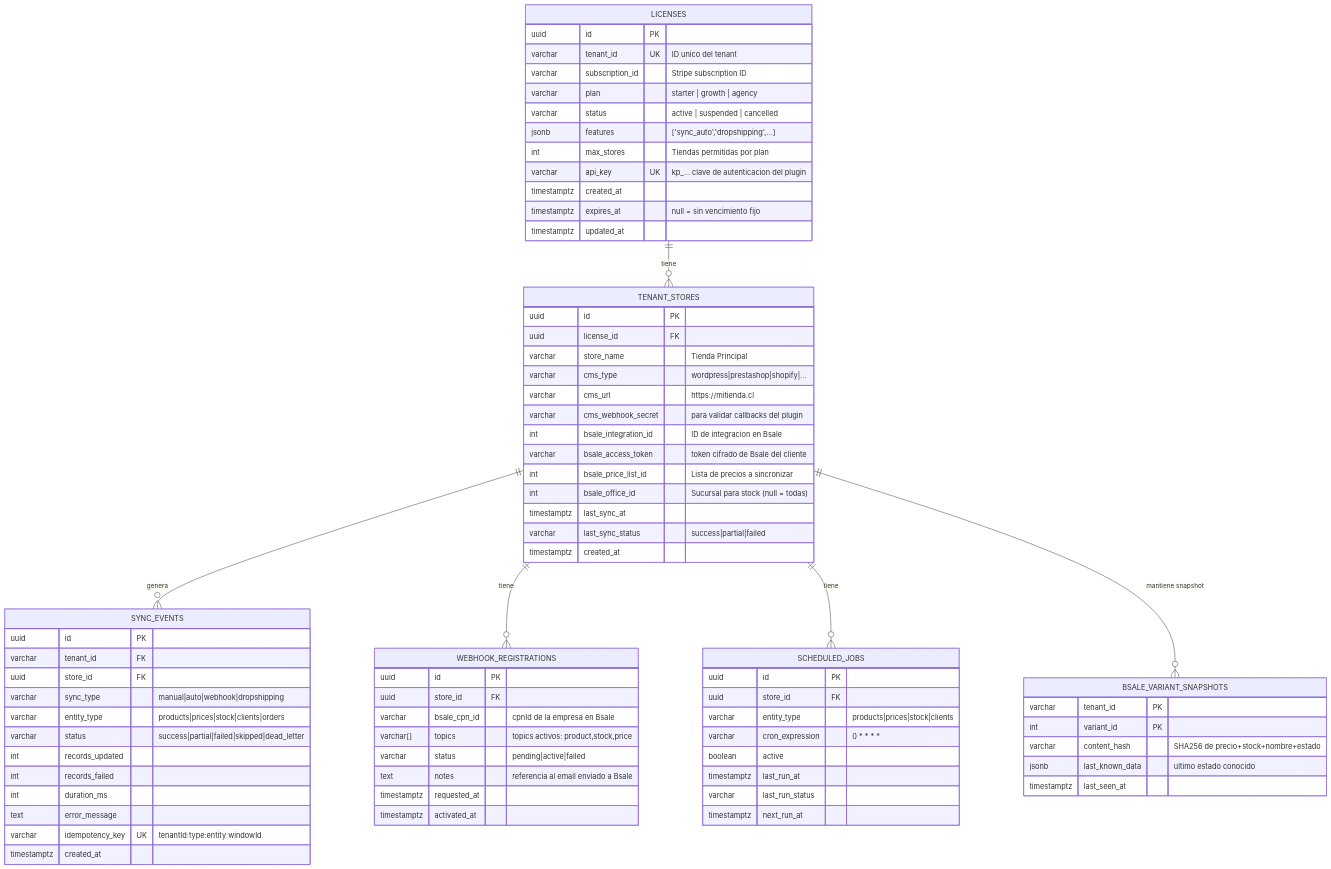
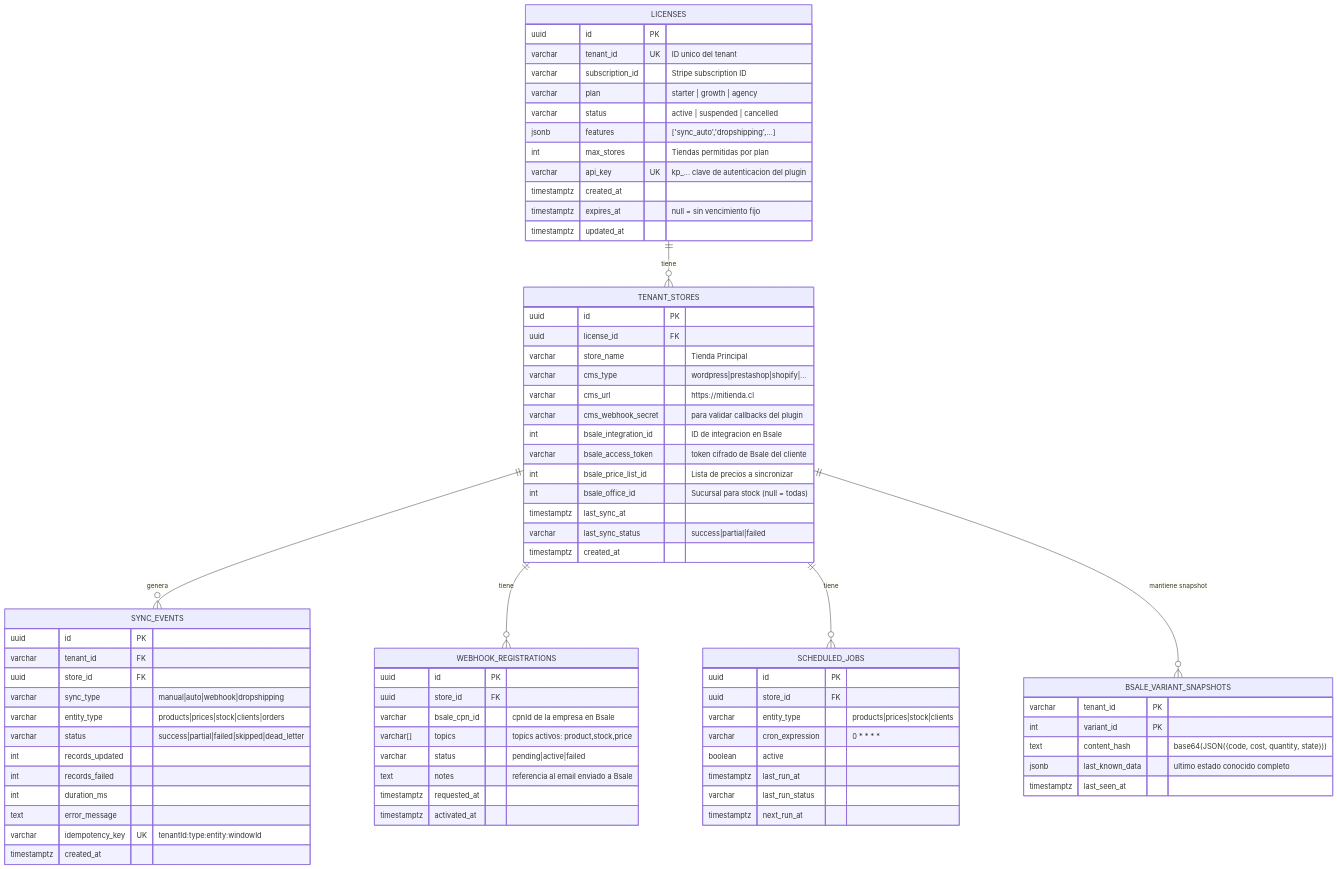
Before and after one commit to Jpcorp/kpcrop-latam-zollner-platform: the first of 3 diagrams in docs/architecture/database-schema.md, drawn with Mermaid. The commit also changed other lines of this file and 8 other files, not shown here.

```diff
--- a/docs/architecture/database-schema.md
+++ b/docs/architecture/database-schema.md
@@ -56,8 +56,8 @@
     BSALE_VARIANT_SNAPSHOTS {
         varchar tenant_id PK
         int variant_id PK
-        varchar content_hash "SHA256 de precio+stock+nombre+estado"
-        jsonb last_known_data "ultimo estado conocido"
+        text content_hash "base64(JSON({code, cost, quantity, state}))"
+        jsonb last_known_data "ultimo estado conocido completo"
         timestamptz last_seen_at
     }
 
```
